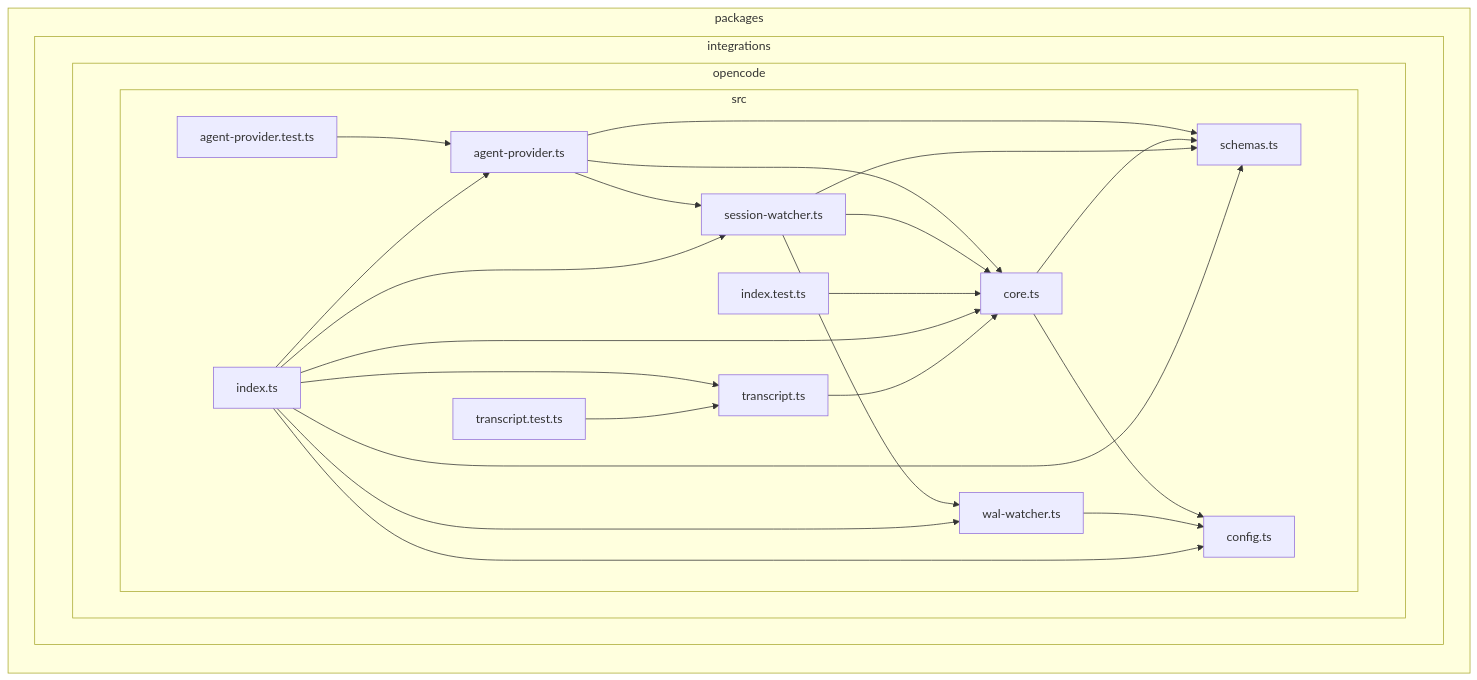
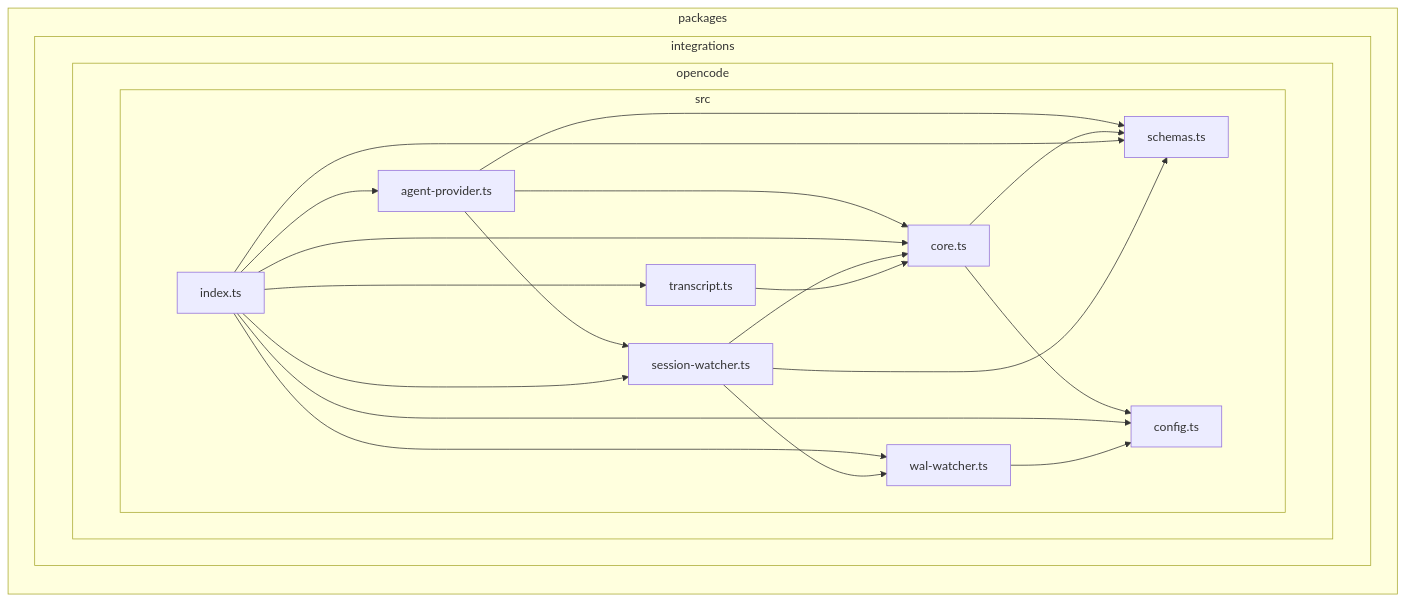
The ninth of 17 diagrams in docs/dependency-graph.md (juspay/kolu), drawn with Mermaid before and after one commit. The commit also changed other lines of this file and 1 other file, not shown here.

First line of the commit message:
chore(depcruise): cluster per-package graphs by subfolder, drop test files

````diff
--- a/docs/dependency-graph.md
+++ b/docs/dependency-graph.md
@@ -892,43 +469,37 @@
 ```mermaid
 flowchart LR
 
 subgraph packages["packages"]
   subgraph packages_integrations["integrations"]
     subgraph packages_integrations_opencode["opencode"]
       subgraph packages_integrations_opencode_src["src"]
+        packages_integrations_opencode_src_agent_provider_ts["agent-provider.ts"]
+        packages_integrations_opencode_src_config_ts["config.ts"]
+        packages_integrations_opencode_src_core_ts["core.ts"]
+        packages_integrations_opencode_src_index_ts["index.ts"]
         packages_integrations_opencode_src_schemas_ts["schemas.ts"]
-        packages_integrations_opencode_src_agent_provider_test_ts["agent-provider.test.ts"]
-        packages_integrations_opencode_src_agent_provider_ts["agent-provider.ts"]
-        packages_integrations_opencode_src_core_ts["core.ts"]
-        packages_integrations_opencode_src_config_ts["config.ts"]
         packages_integrations_opencode_src_session_watcher_ts["session-watcher.ts"]
+        packages_integrations_opencode_src_transcript_ts["transcript.ts"]
         packages_integrations_opencode_src_wal_watcher_ts["wal-watcher.ts"]
-        packages_integrations_opencode_src_index_test_ts["index.test.ts"]
-        packages_integrations_opencode_src_index_ts["index.ts"]
-        packages_integrations_opencode_src_transcript_ts["transcript.ts"]
-        packages_integrations_opencode_src_transcript_test_ts["transcript.test.ts"]
       end
     end
   end
 end
-packages_integrations_opencode_src_agent_provider_test_ts-->packages_integrations_opencode_src_agent_provider_ts
 packages_integrations_opencode_src_agent_provider_ts-->packages_integrations_opencode_src_core_ts
 packages_integrations_opencode_src_agent_provider_ts-->packages_integrations_opencode_src_schemas_ts
 packages_integrations_opencode_src_agent_provider_ts-->packages_integrations_opencode_src_session_watcher_ts
 packages_integrations_opencode_src_core_ts-->packages_integrations_opencode_src_config_ts
 packages_integrations_opencode_src_core_ts-->packages_integrations_opencode_src_schemas_ts
-packages_integrations_opencode_src_session_watcher_ts-->packages_integrations_opencode_src_core_ts
-packages_integrations_opencode_src_session_watcher_ts-->packages_integrations_opencode_src_schemas_ts
-packages_integrations_opencode_src_session_watcher_ts-->packages_integrations_opencode_src_wal_watcher_ts
-packages_integrations_opencode_src_wal_watcher_ts-->packages_integrations_opencode_src_config_ts
-packages_integrations_opencode_src_index_test_ts-->packages_integrations_opencode_src_core_ts
 packages_integrations_opencode_src_index_ts-->packages_integrations_opencode_src_agent_provider_ts
 packages_integrations_opencode_src_index_ts-->packages_integrations_opencode_src_config_ts
 packages_integrations_opencode_src_index_ts-->packages_integrations_opencode_src_core_ts
 packages_integrations_opencode_src_index_ts-->packages_integrations_opencode_src_schemas_ts
 packages_integrations_opencode_src_index_ts-->packages_integrations_opencode_src_session_watcher_ts
 packages_integrations_opencode_src_index_ts-->packages_integrations_opencode_src_transcript_ts
 packages_integrations_opencode_src_index_ts-->packages_integrations_opencode_src_wal_watcher_ts
+packages_integrations_opencode_src_session_watcher_ts-->packages_integrations_opencode_src_core_ts
+packages_integrations_opencode_src_session_watcher_ts-->packages_integrations_opencode_src_schemas_ts
+packages_integrations_opencode_src_session_watcher_ts-->packages_integrations_opencode_src_wal_watcher_ts
 packages_integrations_opencode_src_transcript_ts-->packages_integrations_opencode_src_core_ts
-packages_integrations_opencode_src_transcript_test_ts-->packages_integrations_opencode_src_transcript_ts
+packages_integrations_opencode_src_wal_watcher_ts-->packages_integrations_opencode_src_config_ts
 ```
````
